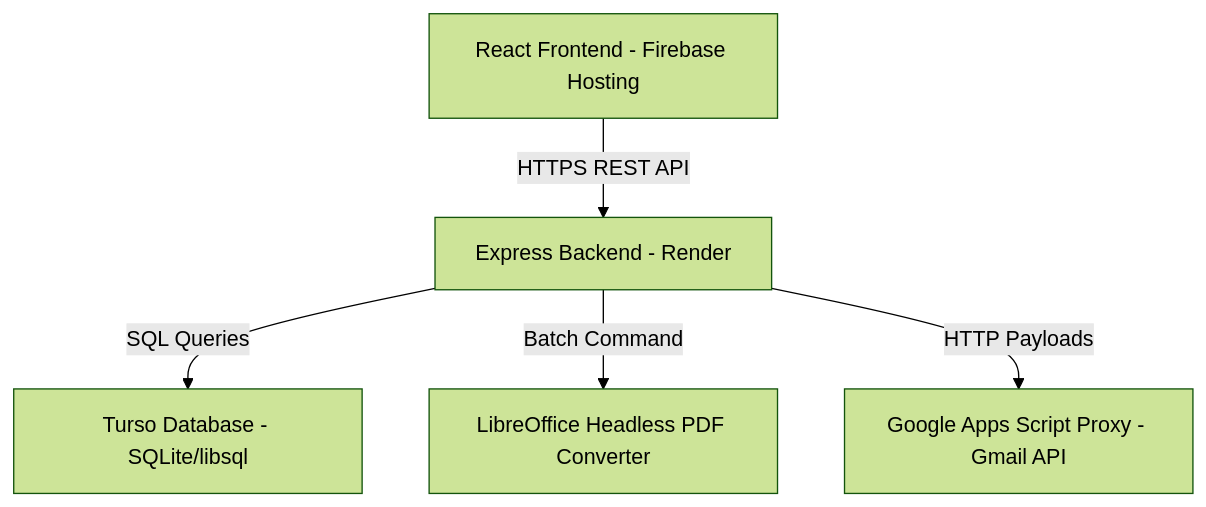
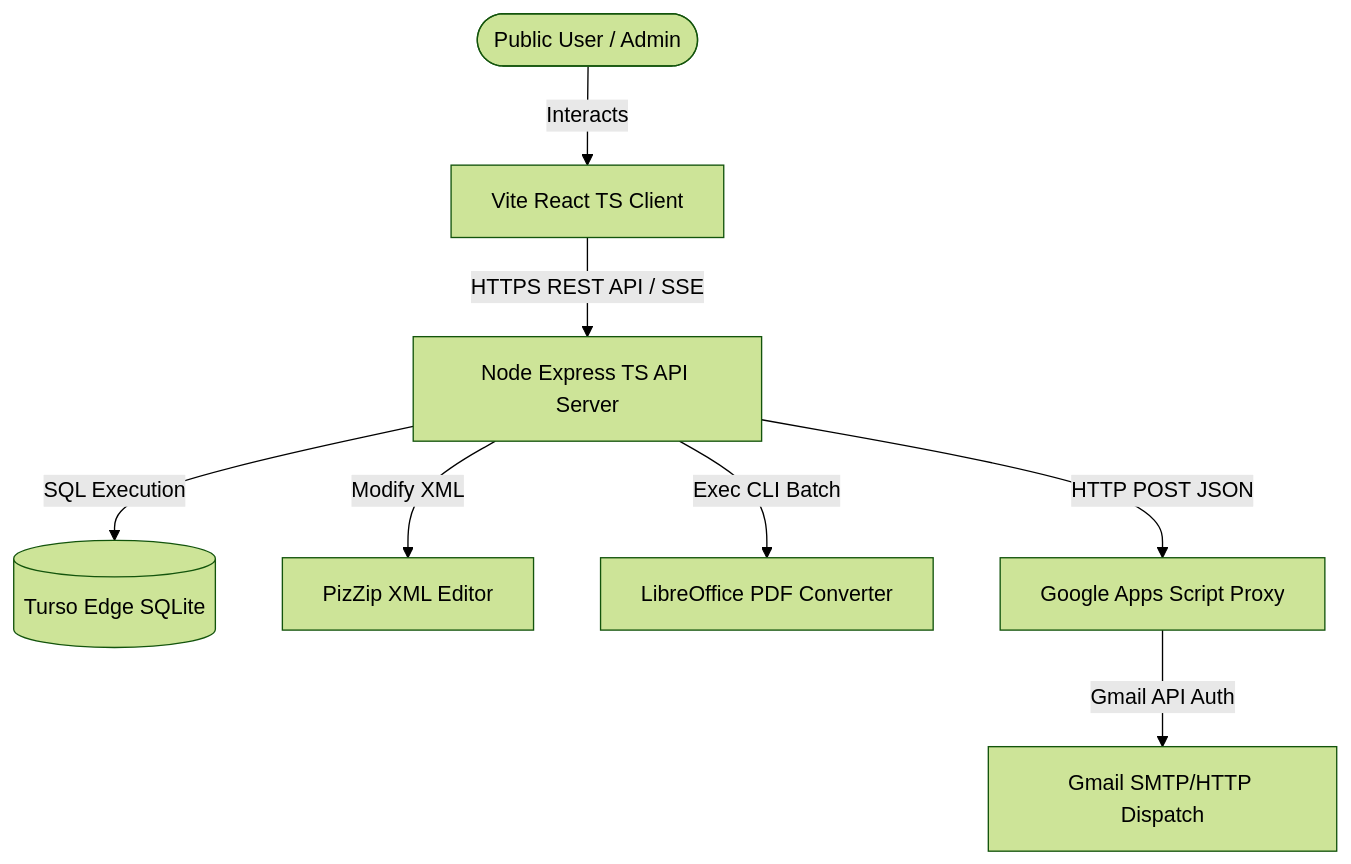
The diagram in README.md (saicharan-bhuthkuri/rd), drawn with Mermaid (forest theme) before and after one commit. The commit also changed other lines of this file and 1 other file, not shown here.

````diff
--- a/README.md
+++ b/README.md
@@ -11,7 +72,10 @@
 ```mermaid
 graph TD
-    A[React Frontend - Firebase Hosting] -->|HTTPS REST API| B[Express Backend - Render]
-    B -->|SQL Queries| C[Turso Database - SQLite/libsql]
-    B -->|Batch Command| D[LibreOffice Headless PDF Converter]
-    B -->|HTTP Payloads| E[Google Apps Script Proxy - Gmail API]
+    User([Public User / Admin]) -->|Interacts| Frontend[Vite React TS Client]
+    Frontend -->|HTTPS REST API / SSE| Backend[Node Express TS API Server]
+    Backend -->|SQL Execution| Database[(Turso Edge SQLite)]
+    Backend -->|Modify XML | Pizzip[PizZip XML Editor]
+    Backend -->|Exec CLI Batch| LibreOffice[LibreOffice PDF Converter]
+    Backend -->|HTTP POST JSON| GASProxy[Google Apps Script Proxy]
+    GASProxy -->|Gmail API Auth| Gmail[Gmail SMTP/HTTP Dispatch]
 ```
````
